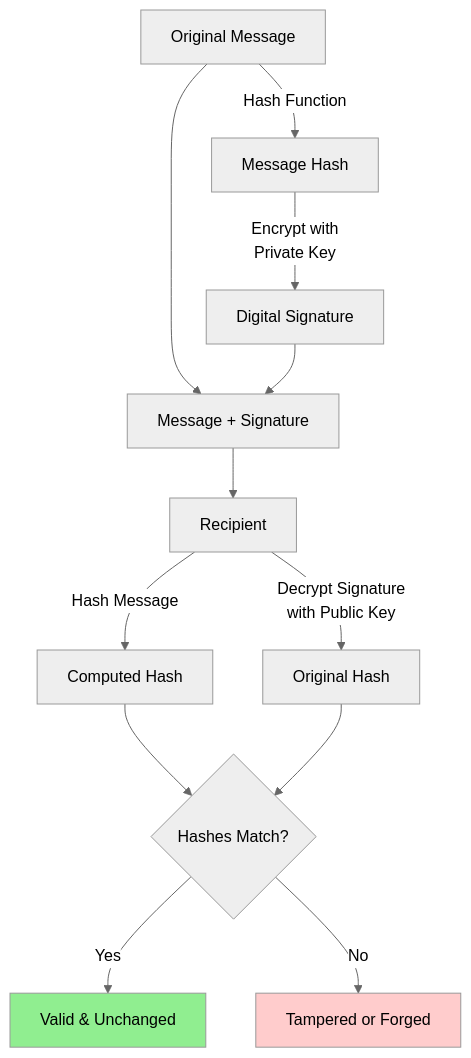
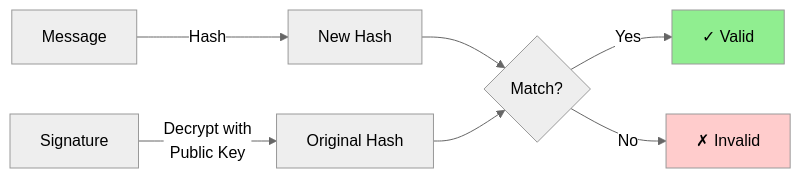
Before and after one commit to kousen/software-design-course: the ninth of 10 diagrams in slides/week-12-spring-ai/slides.md, drawn with Mermaid (neutral theme). The commit also changed other lines of this file, not shown here.

First line of the commit message:
Simplify PKI diagrams to prevent overflow

````diff
--- a/slides/week-12-spring-ai/slides.md
+++ b/slides/week-12-spring-ai/slides.md
@@ -788,18 +808,12 @@
 ```mermaid
-flowchart TD
-    A[Original Message] -->|Hash Function| B[Message Hash]
-    B -->|Encrypt with<br/>Private Key| C[Digital Signature]
-    A --> D[Message + Signature]
-    C --> D
+flowchart LR
+    E[Message] -->|Hash| F[New Hash]
+    G[Signature] -->|Decrypt with<br/>Public Key| H[Original Hash]
+    F --> I{Match?}
+    H --> I
+    I -->|Yes| J[✓ Valid]
+    I -->|No| K[✗ Invalid]
 
-    D --> E[Recipient]
-    E -->|Hash Message| F[Computed Hash]
-    E -->|Decrypt Signature<br/>with Public Key| G[Original Hash]
-    F --> H{Hashes Match?}
-    G --> H
-    H -->|Yes| I[Valid & Unchanged]
-    H -->|No| J[Tampered or Forged]
-
-    style I fill:#90EE90
-    style J fill:#ffcccc
+    style J fill:#90EE90
+    style K fill:#ffcccc
 ```
````
